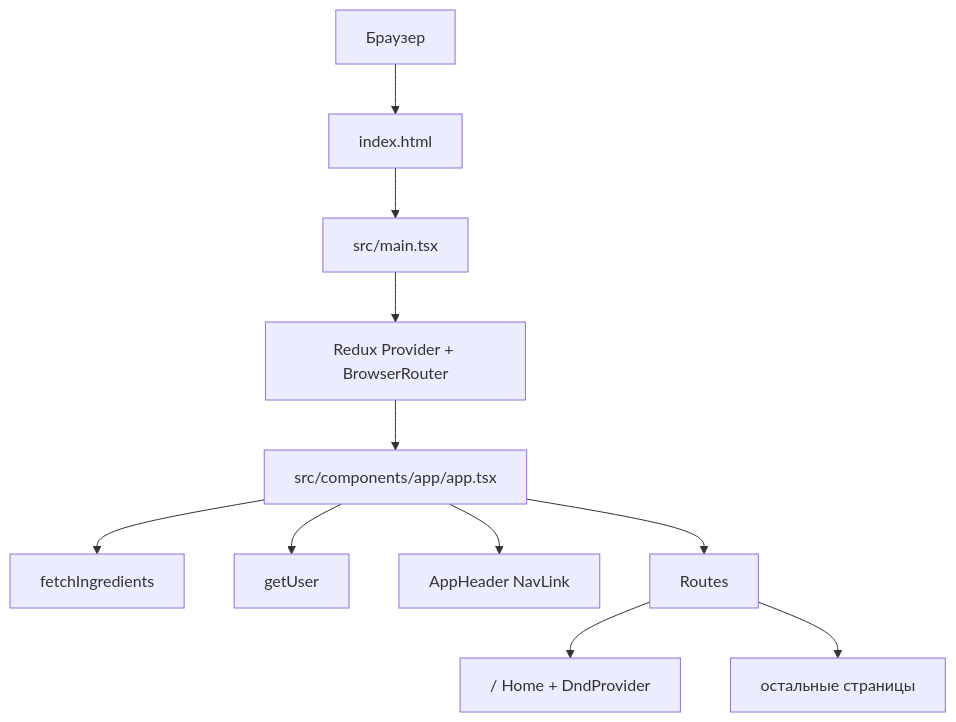
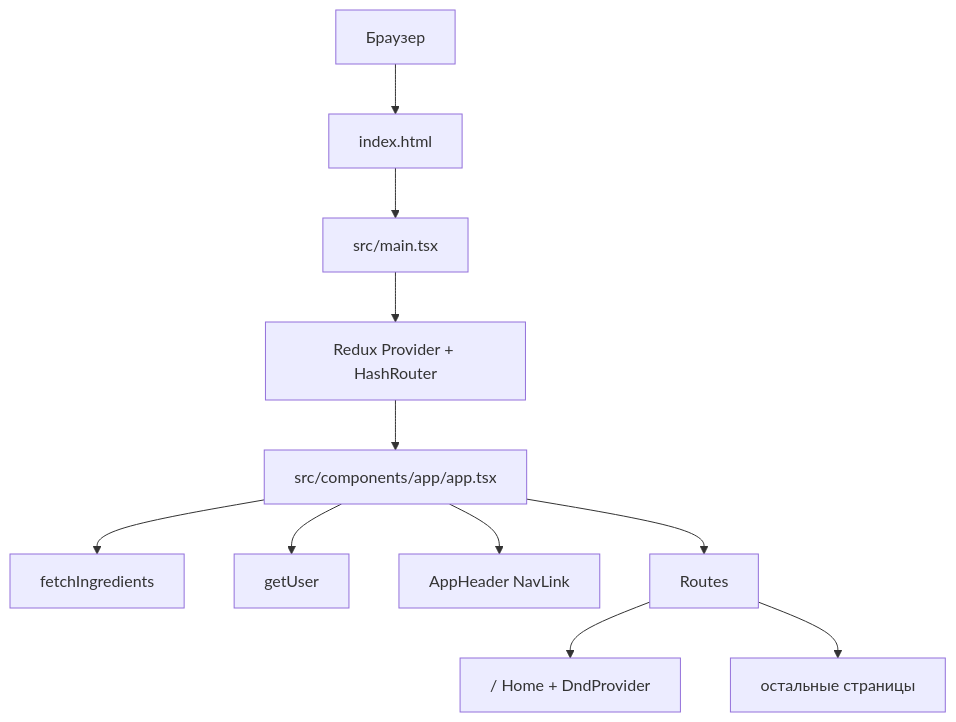
The first of 4 diagrams in docs/project-overview.md (kirillchistov/react-burger-ts), drawn with Mermaid before and after one commit. The commit also changed other lines of this file and 10 other files, not shown here.

````diff
--- a/docs/project-overview.md
+++ b/docs/project-overview.md
@@ -42,13 +42,13 @@
 ```mermaid
 flowchart TD
   Browser[Браузер] --> Html[index.html]
   Html --> Bootstrap[src/main.tsx]
-  Bootstrap --> Providers[Redux Provider + BrowserRouter]
+  Bootstrap --> Providers[Redux Provider + HashRouter]
   Providers --> App[src/components/app/app.tsx]
   App --> Fetch[fetchIngredients]
   App --> GetUser[getUser]
   App --> Header[AppHeader NavLink]
   App --> Routes[Routes]
   Routes --> Home["/ Home + DndProvider"]
   Routes --> Pages[остальные страницы]
 ```
````
